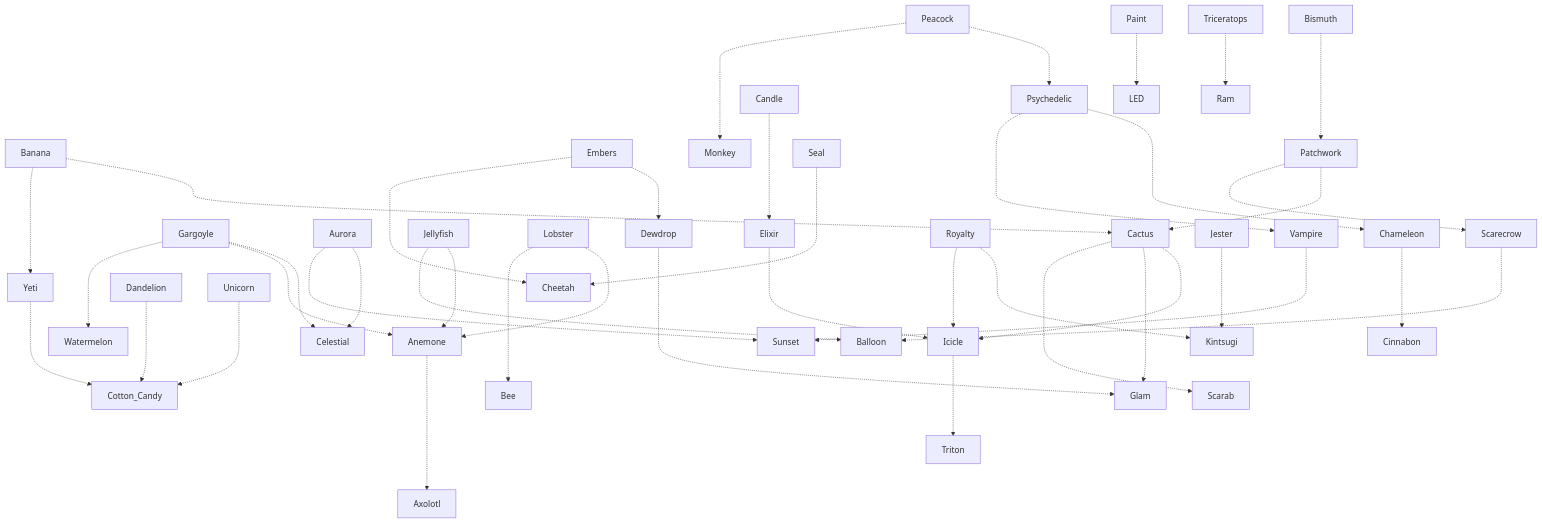
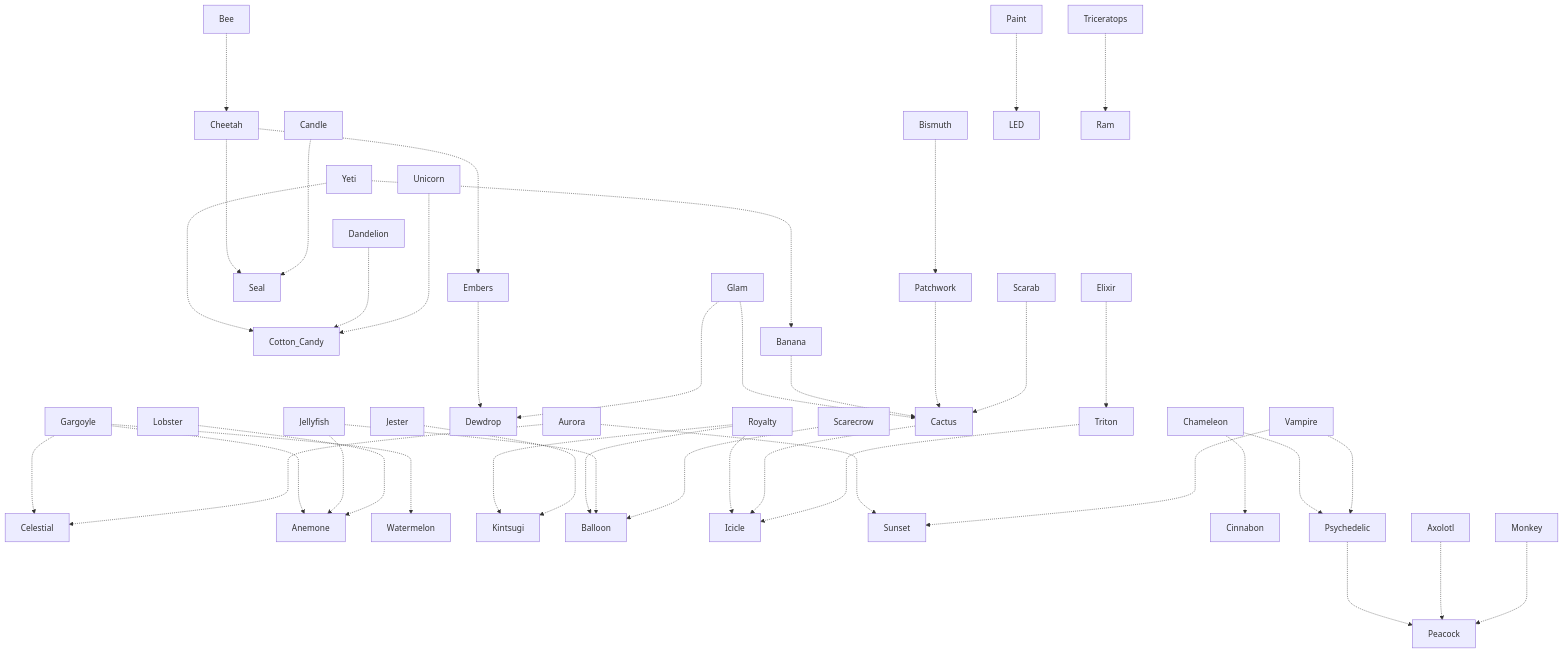
The diagram in Peridot-ArchetypeTree.md (g1ddy/PeridotArchetypeFinder), drawn with Mermaid before and after one commit. The commit also changed 2 other files, not shown here.

Commit message:
Update Markdown Files

````diff
--- a/Peridot-ArchetypeTree.md
+++ b/Peridot-ArchetypeTree.md
@@ -3,44 +3,44 @@
 ```mermaid
 flowchart
 
-Cactus -..-> Icicle
-Cactus -...-> Glam
-Cactus -...-> Scarab
-Icicle -..-> Triton
-Gargoyle -..-> Celestial
-Gargoyle -..-> Anemone
-Gargoyle -..-> Watermelon
-Anemone -...-> Axolotl
-Aurora -..-> Celestial
-Aurora -..-> Sunset
+Gargoyle -...-> Celestial
+Gargoyle -...-> Anemone
+Gargoyle -...-> Watermelon
+Royalty -...-> Kintsugi
+Royalty -...-> Balloon
+Royalty -...-> Icicle
+Aurora -...-> Celestial
+Aurora -...-> Sunset
+Chameleon -...-> Cinnabon
+Chameleon -...-> Psychedelic
+Psychedelic -...-> Peacock
+Cheetah -...-> Embers
+Cheetah -...-> Seal
+Embers -...-> Dewdrop
+Glam -...-> Cactus
+Glam -...-> Dewdrop
+Cactus -...-> Icicle
+Jellyfish -...-> Anemone
+Jellyfish -...-> Balloon
+Vampire -...-> Sunset
+Vampire -...-> Psychedelic
+Yeti -...-> Cotton_Candy
+Yeti -...-> Banana
 Banana -..-> Cactus
-Banana -...-> Yeti
-Yeti -..-> Cotton_Candy
-Embers -..-> Dewdrop
-Embers -...-> Cheetah
-Dewdrop -...-> Glam
-Jellyfish -..-> Anemone
-Jellyfish -..-> Balloon
-Lobster -..-> Anemone
-Lobster -...-> Bee
-Patchwork -..-> Cactus
-Patchwork -..-> Scarecrow
-Scarecrow -..-> Balloon
-Peacock -..-> Psychedelic
-Peacock -...-> Monkey
-Psychedelic -...-> Chameleon
-Psychedelic -...-> Vampire
-Chameleon -..-> Cinnabon
-Vampire -..-> Sunset
-Royalty -..-> Kintsugi
-Royalty -..-> Icicle
+Axolotl -...-> Peacock
+Bee -...-> Cheetah
 Bismuth -...-> Patchwork
-Candle -...-> Elixir
-Elixir -..-> Icicle
+Patchwork -...-> Cactus
+Candle -...-> Seal
 Dandelion -..-> Cotton_Candy
-Jester -..-> Kintsugi
-Paint -..-> LED
-Seal -...-> Cheetah
-Triceratops -..-> Ram
-Unicorn -..-> Cotton_Candy
+Elixir -...-> Triton
+Triton -...-> Icicle
+Jester -...-> Kintsugi
+Lobster -...-> Anemone
+Monkey -...-> Peacock
+Paint -...-> LED
+Scarab -...-> Cactus
+Scarecrow -...-> Balloon
+Triceratops -...-> Ram
+Unicorn -...-> Cotton_Candy
 ```
````
